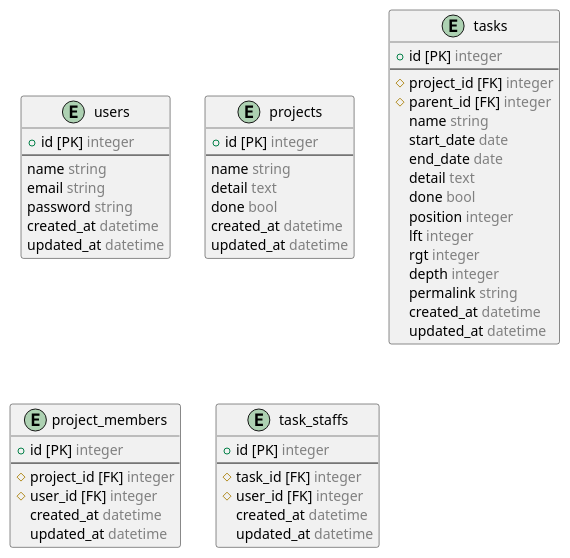
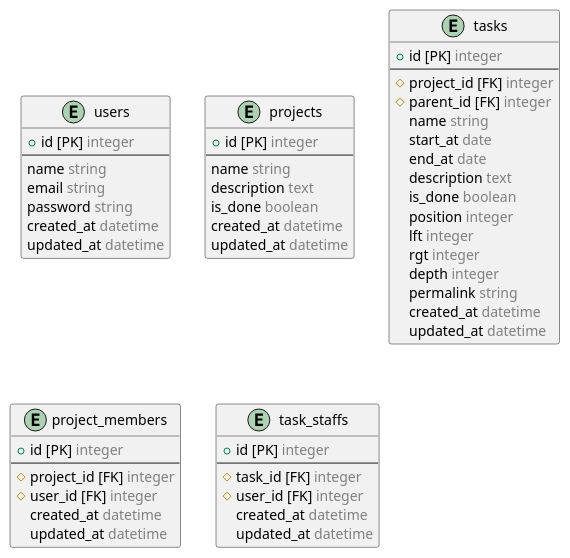
Before and after one commit to musashi-634/taskwith: the diagram in docs/erd/src/entity.pu, drawn with PlantUML. The commit also changed 1 other file, not shown here.

Commit message:
docs: #20 ER図を修正する

```diff
--- a/docs/erd/src/entity.pu
+++ b/docs/erd/src/entity.pu
@@ -1,60 +1,60 @@
 @startuml erd
 
   entity "users" {
     + id [PK] <color:gray>integer</color>
     --
     name <color:gray>string</color>
     email <color:gray>string</color>
     password <color:gray>string</color>
     created_at <color:gray>datetime</color>
     updated_at <color:gray>datetime</color>
   }
 
   entity "projects" {
     + id [PK] <color:gray>integer</color>
     --
     name <color:gray>string</color>
-    detail <color:gray>text</color>
-    done <color:gray>bool</color>
+    description <color:gray>text</color>
+    is_done <color:gray>boolean</color>
     created_at <color:gray>datetime</color>
     updated_at <color:gray>datetime</color>
   }
 
   entity "tasks" {
     + id [PK] <color:gray>integer</color>
     --
     # project_id [FK] <color:gray>integer</color>
     # parent_id [FK] <color:gray>integer</color>
     name <color:gray>string</color>
-    start_date <color:gray>date</color>
-    end_date <color:gray>date</color>
-    detail <color:gray>text</color>
-    done <color:gray>bool</color>
+    start_at <color:gray>date</color>
+    end_at <color:gray>date</color>
+    description <color:gray>text</color>
+    is_done <color:gray>boolean</color>
     position <color:gray>integer</color>
     lft <color:gray>integer</color>
     rgt <color:gray>integer</color>
     depth <color:gray>integer</color>
     permalink <color:gray>string</color>
     created_at <color:gray>datetime</color>
     updated_at <color:gray>datetime</color>
   }
 
   entity "project_members" {
     + id [PK] <color:gray>integer</color>
     --
     # project_id [FK] <color:gray>integer</color>
     # user_id [FK] <color:gray>integer</color>
     created_at <color:gray>datetime</color>
     updated_at <color:gray>datetime</color>
   }
 
   entity "task_staffs" {
     + id [PK] <color:gray>integer</color>
     --
     # task_id [FK] <color:gray>integer</color>
     # user_id [FK] <color:gray>integer</color>
     created_at <color:gray>datetime</color>
     updated_at <color:gray>datetime</color>
   }
 
 @enduml
```
